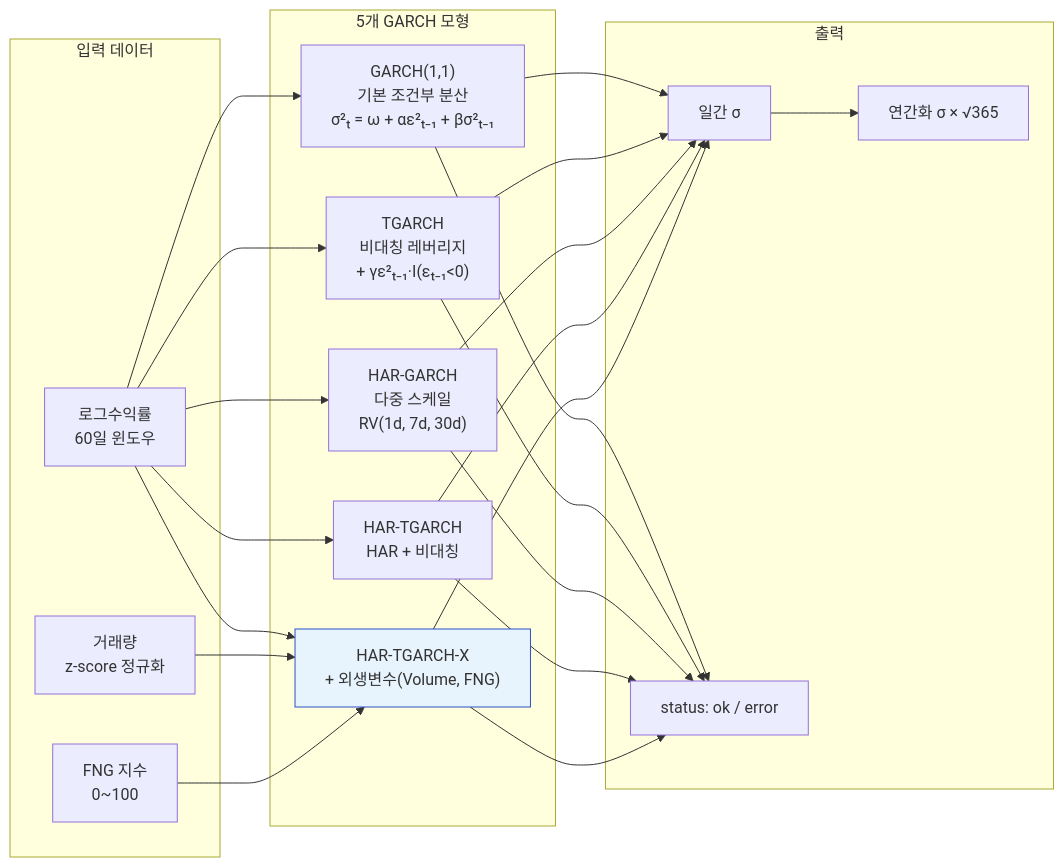
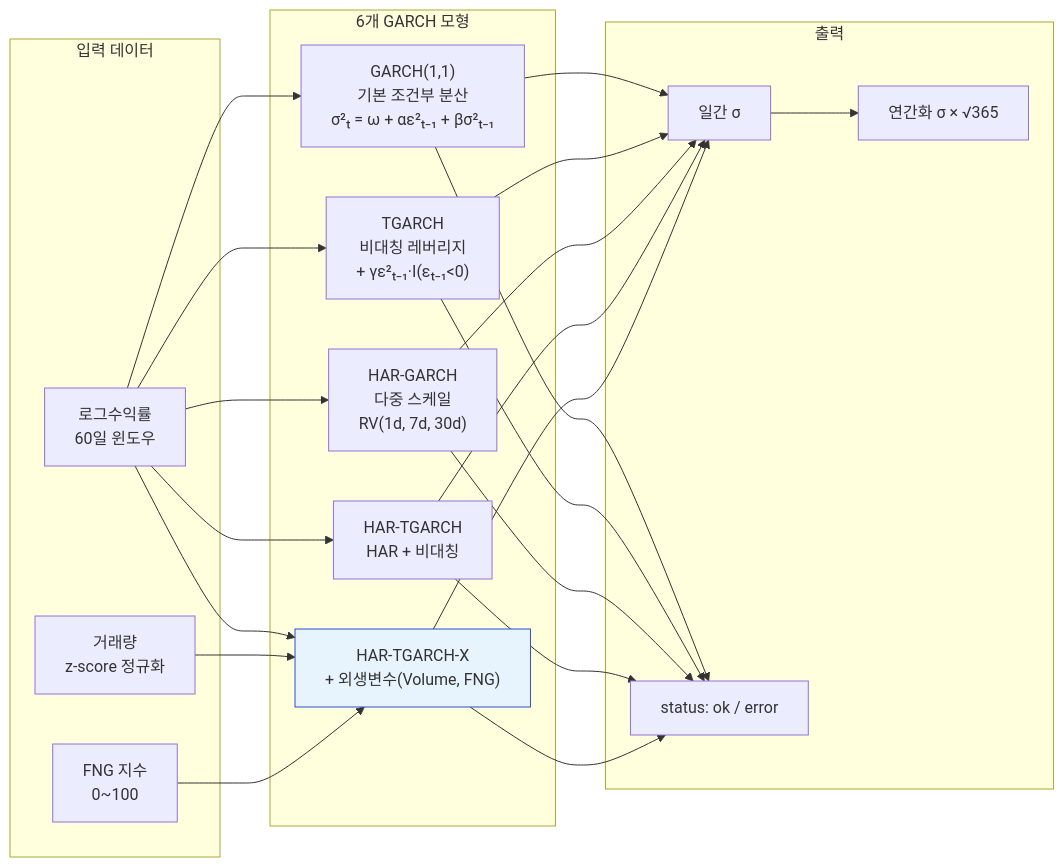
One commit to ykgstar37-lab/crypto-volatility-intelligence-system changed the fourth of 5 diagrams in README.md. Above: the diagram before and after it, drawn with Mermaid. The commit also changed other lines of this file and 5 other files, not shown here.

````diff
--- a/README.md
+++ b/README.md
@@ -283,31 +293,31 @@
 ```mermaid
 graph LR
     subgraph Input["입력 데이터"]
         R["로그수익률<br/>60일 윈도우"]
         V["거래량<br/>z-score 정규화"]
         F["FNG 지수<br/>0~100"]
     end
 
-    subgraph Models["5개 GARCH 모형"]
+    subgraph Models["6개 GARCH 모형"]
         M1["GARCH(1,1)<br/>기본 조건부 분산<br/>σ²ₜ = ω + αε²ₜ₋₁ + βσ²ₜ₋₁"]
         M2["TGARCH<br/>비대칭 레버리지<br/>+ γε²ₜ₋₁·I(εₜ₋₁<0)"]
         M3["HAR-GARCH<br/>다중 스케일<br/>RV(1d, 7d, 30d)"]
         M4["HAR-TGARCH<br/>HAR + 비대칭"]
         M5["HAR-TGARCH-X<br/>+ 외생변수(Volume, FNG)"]
     end
 
     subgraph Output["출력"]
         S1["일간 σ"]
         S2["연간화 σ × √365"]
         S3["status: ok / error"]
     end
 
     R --> M1 & M2 & M3
     R --> M4 & M5
     V --> M5
     F --> M5
     M1 & M2 & M3 & M4 & M5 --> S1 --> S2
     M1 & M2 & M3 & M4 & M5 --> S3
 
     style M5 fill:#e8f4fd,stroke:#2b4fcb
 ```
````
